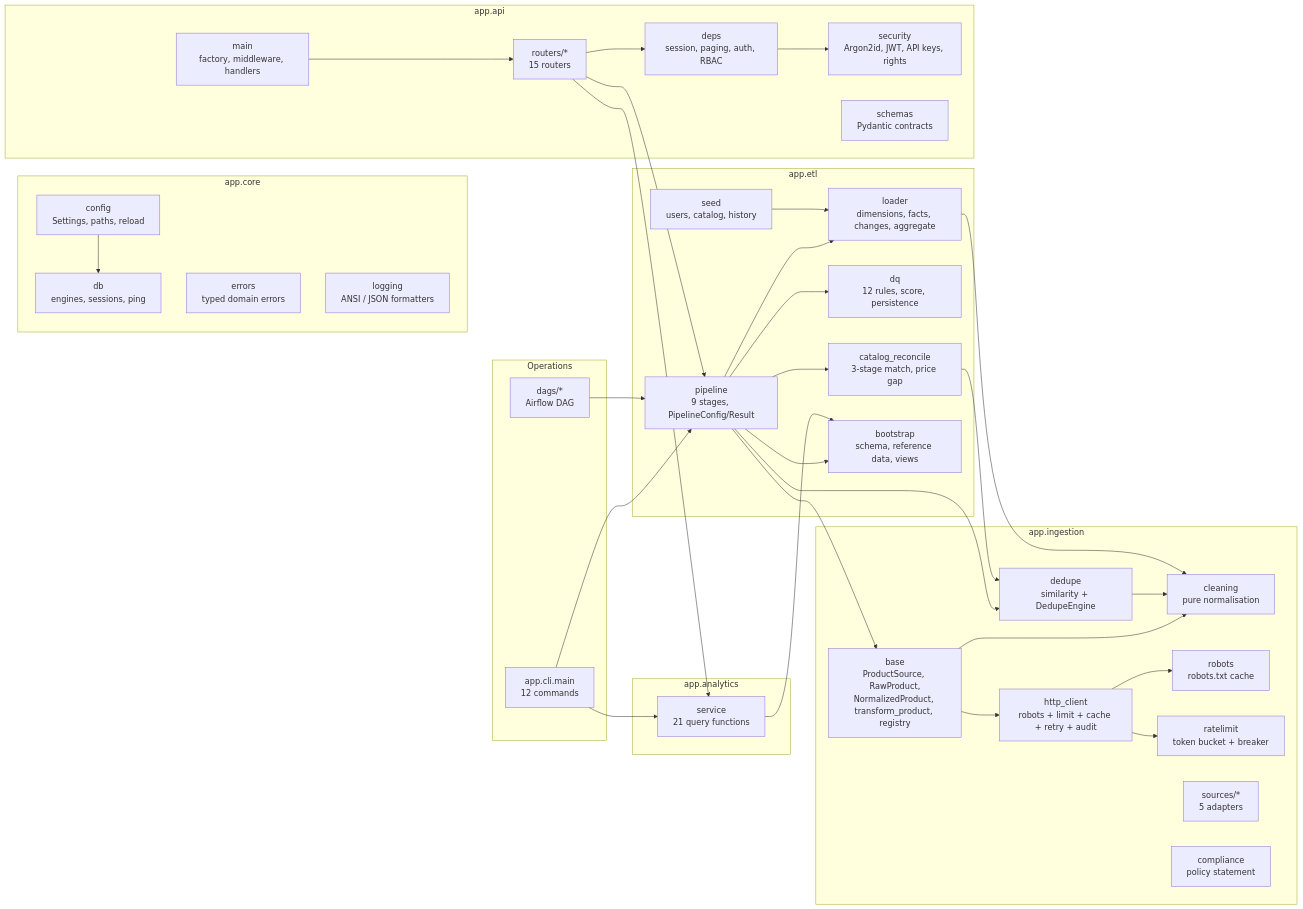
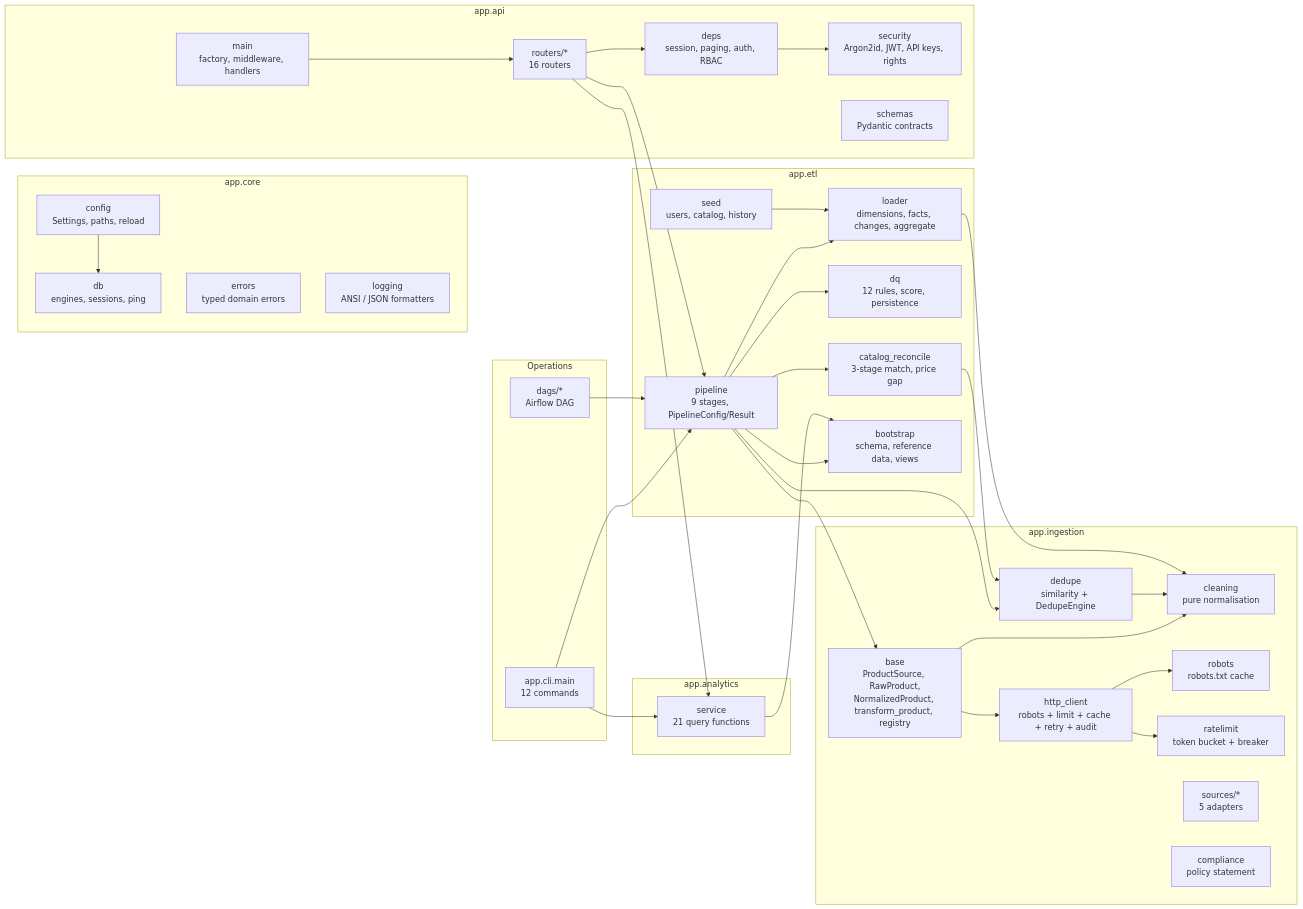
Before and after one commit to Ahmedbakr78/Web-to-Warehouse-Product-Intelligence-Pipeline: the first of 4 diagrams in docs/17_technical_documentation.md, drawn with Mermaid. The commit also changed 14 other files, not shown here.

````diff
--- a/docs/17_technical_documentation.md
+++ b/docs/17_technical_documentation.md
@@ -30,66 +30,66 @@
 ```mermaid
 flowchart LR
     subgraph CORE["app.core"]
         C1["config<br/>Settings, paths, reload"]
         C2["db<br/>engines, sessions, ping"]
         C3["errors<br/>typed domain errors"]
         C4["logging<br/>ANSI / JSON formatters"]
     end
     subgraph ING["app.ingestion"]
         I1["base<br/>ProductSource, RawProduct,<br/>NormalizedProduct, transform_product, registry"]
         I2["cleaning<br/>pure normalisation"]
         I3["dedupe<br/>similarity + DedupeEngine"]
         I4["robots<br/>robots.txt cache"]
         I5["ratelimit<br/>token bucket + breaker"]
         I6["http_client<br/>robots + limit + cache + retry + audit"]
         I7["sources/*<br/>5 adapters"]
         I8["compliance<br/>policy statement"]
     end
     subgraph ETL["app.etl"]
         E1["pipeline<br/>9 stages, PipelineConfig/Result"]
         E2["loader<br/>dimensions, facts, changes, aggregate"]
         E3["dq<br/>12 rules, score, persistence"]
         E4["catalog_reconcile<br/>3-stage match, price gap"]
         E5["bootstrap<br/>schema, reference data, views"]
         E6["seed<br/>users, catalog, history"]
     end
     subgraph ANA["app.analytics"]
         A1["service<br/>21 query functions"]
     end
     subgraph API["app.api"]
         P1["main<br/>factory, middleware, handlers"]
         P2["deps<br/>session, paging, auth, RBAC"]
         P3["security<br/>Argon2id, JWT, API keys, rights"]
         P4["schemas<br/>Pydantic contracts"]
-        P5["routers/*<br/>15 routers"]
+        P5["routers/*<br/>16 routers"]
     end
     subgraph OPS["Operations"]
         O1["app.cli.main<br/>12 commands"]
         O2["dags/*<br/>Airflow DAG"]
     end
 
     C1 --> C2
     I1 --> I2
     I1 --> I6
     I3 --> I2
     I6 --> I4
     I6 --> I5
     E1 --> I1
     E1 --> I3
     E1 --> E2
     E1 --> E4
     E1 --> E5
     E1 --> E3
     E2 --> I2
     E4 --> I3
     E6 --> E2
     A1 --> E5
     P1 --> P5
     P5 --> P2
     P5 --> A1
     P5 --> E1
     P2 --> P3
     O1 --> E1
     O1 --> A1
     O2 --> E1
 ```
````
